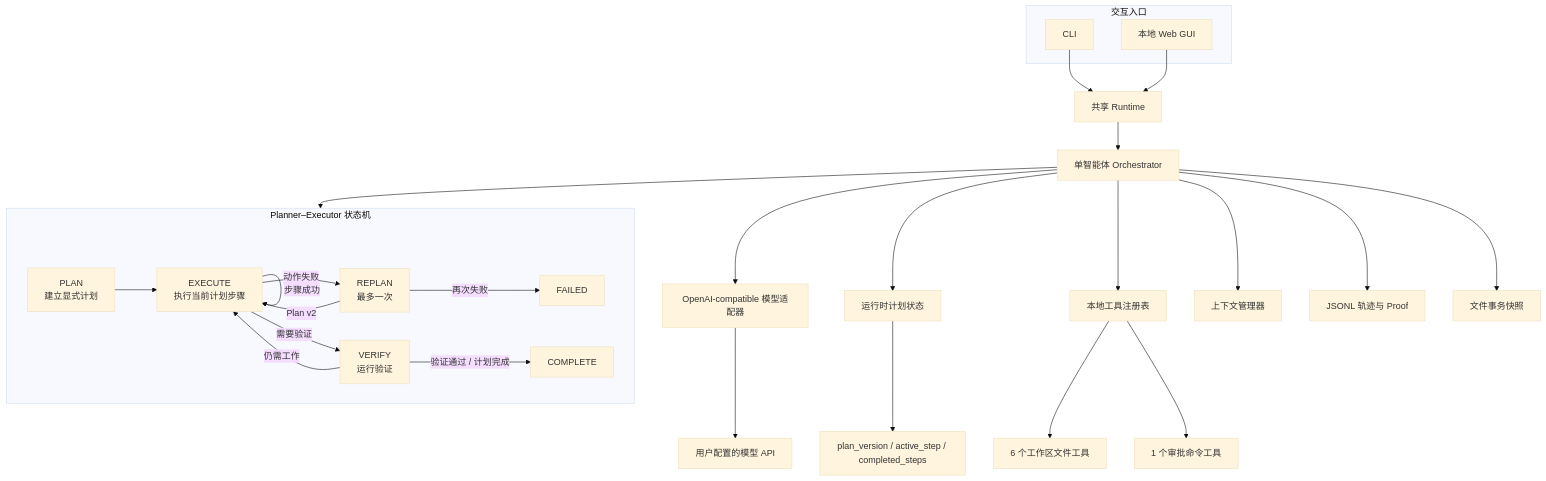
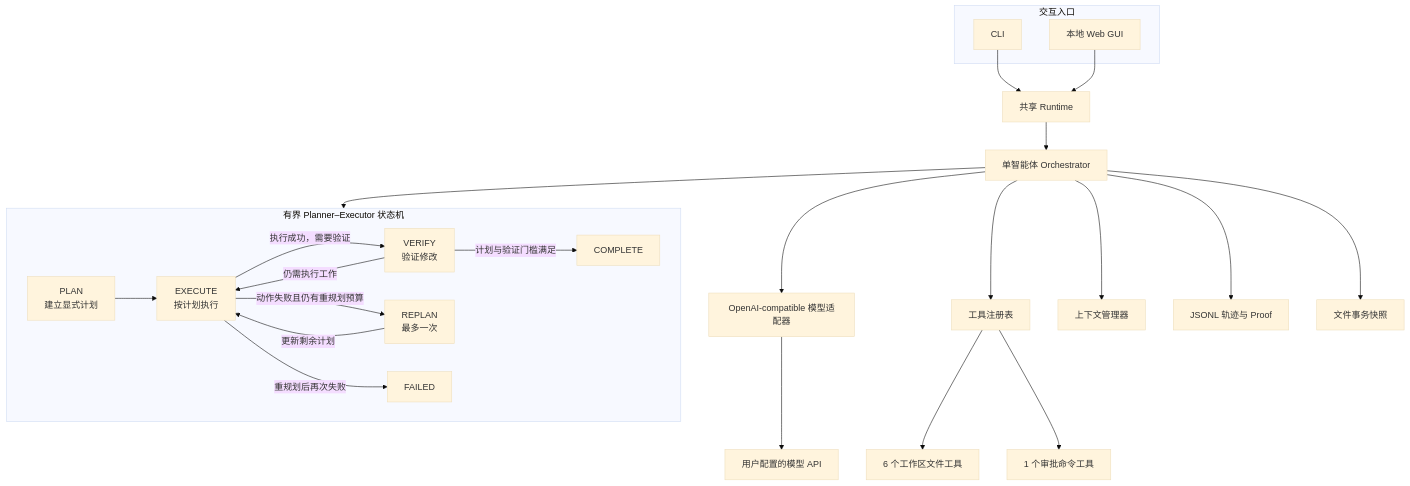
One commit to fanyuezuishuai/CodingAgent changed the first of 2 diagrams in README.md. Above: the diagram before and after it, drawn with Mermaid (base theme). The commit also changed other lines of this file, not shown here.

Commit message:
readme completed

````diff
--- a/README.md
+++ b/README.md
@@ -51,44 +169,44 @@
 ```mermaid
 flowchart TB
     subgraph Entry[交互入口]
         CLI[CLI]
         WEB[本地 Web GUI]
     end
 
     CLI --> RT[共享 Runtime]
     WEB --> RT
 
     RT --> AGENT[单智能体 Orchestrator]
 
-    subgraph State[Planner–Executor 状态机]
+    subgraph State[有界 Planner–Executor 状态机]
         PLAN[PLAN<br/>建立显式计划]
-        EXEC[EXECUTE<br/>执行当前计划步骤]
+        EXECUTE[EXECUTE<br/>按计划执行]
         REPLAN[REPLAN<br/>最多一次]
-        VERIFY[VERIFY<br/>运行验证]
+        VERIFY[VERIFY<br/>验证修改]
         COMPLETE[COMPLETE]
         FAILED[FAILED]
 
-        PLAN --> EXEC
-        EXEC -->|步骤成功| EXEC
-        EXEC -->|需要验证| VERIFY
-        EXEC -->|动作失败| REPLAN
-        REPLAN -->|Plan v2| EXEC
-        REPLAN -->|再次失败| FAILED
-        VERIFY -->|验证通过 / 计划完成| COMPLETE
-        VERIFY -->|仍需工作| EXEC
+        PLAN --> EXECUTE
+
+        EXECUTE -->|执行成功，需要验证| VERIFY
+        EXECUTE -->|动作失败且仍有重规划预算| REPLAN
+        REPLAN -->|更新剩余计划| EXECUTE
+        EXECUTE -->|重规划后再次失败| FAILED
+
+        VERIFY -->|计划与验证门槛满足| COMPLETE
+        VERIFY -->|仍需执行工作| EXECUTE
     end
 
     AGENT --> State
 
     AGENT --> MODEL[OpenAI-compatible 模型适配器]
-    AGENT --> PLANSTATE[运行时计划状态]
-    AGENT --> REGISTRY[本地工具注册表]
+    AGENT --> REGISTRY[工具注册表]
     AGENT --> CONTEXT[上下文管理器]
     AGENT --> TRACE[JSONL 轨迹与 Proof]
     AGENT --> TX[文件事务快照]
 
-    PLANSTATE --> VERSION[plan_version / active_step / completed_steps]
     REGISTRY --> FILES[6 个工作区文件工具]
     REGISTRY --> SHELL[1 个审批命令工具]
+
     MODEL --> PROVIDER[用户配置的模型 API]
 ```
````
